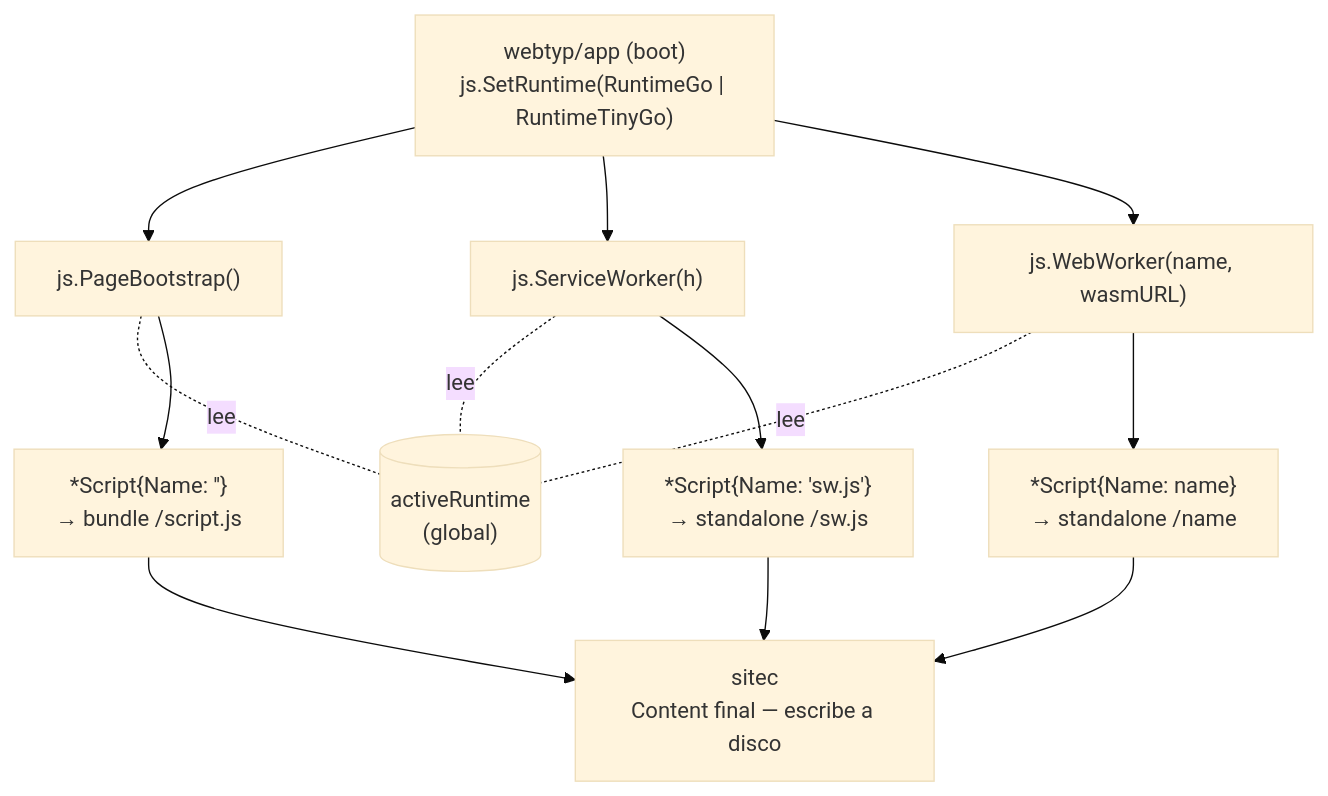
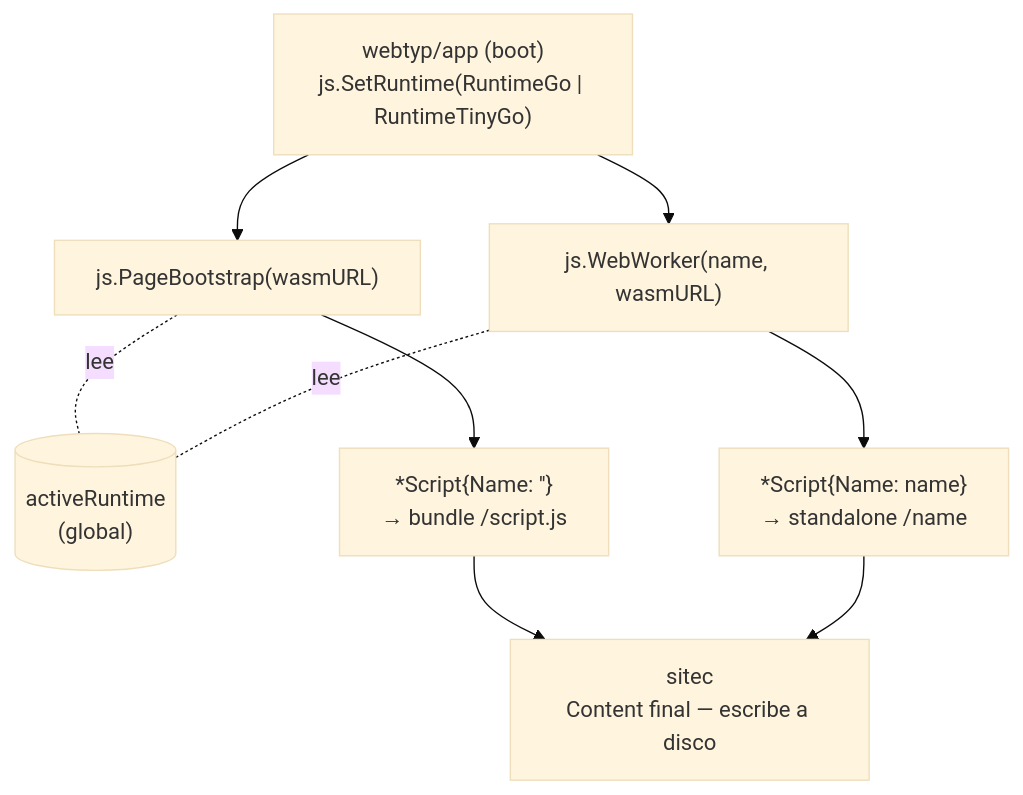
One commit to webtyp/js changed the first of 3 diagrams in docs/ARCHITECTURE.md. Above: the diagram before and after it, drawn with Mermaid (base theme). The commit also changed other lines of this file and 7 other files, not shown here.

First line of the commit message:
feat!: PageBootstrap(wasmURL) and delete ServiceWorker — the shell service worker is generated by webtyp/pwa

````diff
--- a/docs/ARCHITECTURE.md
+++ b/docs/ARCHITECTURE.md
@@ -5,21 +5,17 @@
 ```mermaid
 flowchart TD
     APP["webtyp/app (boot)\njs.SetRuntime(RuntimeGo | RuntimeTinyGo)"]
 
-    APP --> PB["js.PageBootstrap()"]
-    APP --> SW["js.ServiceWorker(h)"]
+    APP --> PB["js.PageBootstrap(wasmURL)"]
     APP --> WW["js.WebWorker(name, wasmURL)"]
 
     RT[("activeRuntime\n(global)")]
     PB -.lee.- RT
-    SW -.lee.- RT
     WW -.lee.- RT
 
     PB --> S1["*Script{Name: ''}\n→ bundle /script.js"]
-    SW --> S2["*Script{Name: 'sw.js'}\n→ standalone /sw.js"]
     WW --> S3["*Script{Name: name}\n→ standalone /name"]
 
     S1 --> AM["sitec\nContent final — escribe a disco"]
-    S2 --> AM
     S3 --> AM
 ```
````
